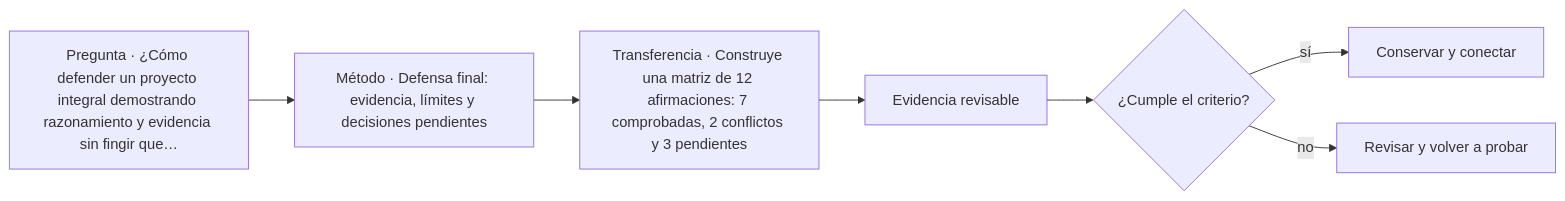
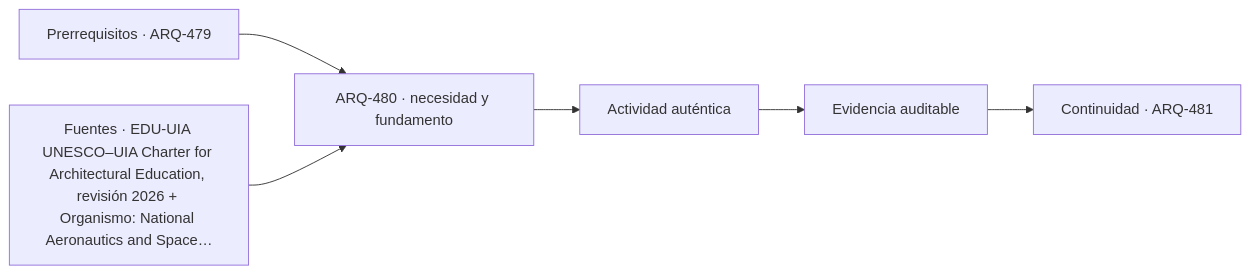
Before and after one commit to vladimiracunadev-create/architecture-built-environment-learning-program: the diagram in classes/parte-48/ARQ-480.md, drawn with Mermaid. The commit also changed other lines of this file and 761 other files, not shown here.

````diff
--- a/classes/parte-48/ARQ-480.md
+++ b/classes/parte-48/ARQ-480.md
@@ -75,9 +87,8 @@
 ```mermaid
 flowchart LR
-    Q["Pregunta · ¿Cómo defender un proyecto integral demostrando razonamiento y evidencia sin fingir que…"] --> M["Método · Defensa final: evidencia, límites y decisiones pendientes"]
-    M --> P["Transferencia · Construye una matriz de 12 afirmaciones: 7 comprobadas, 2 conflictos y 3 pendientes"]
-    P --> E["Evidencia revisable"]
-    E --> C{"¿Cumple el criterio?"}
-    C -->|sí| T["Conservar y conectar"]
-    C -->|no| R["Revisar y volver a probar"]
+    A["Prerrequisitos · ARQ-479"] --> B["ARQ-480 · necesidad y fundamento"]
+    S["Fuentes · EDU-UIA UNESCO–UIA Charter for Architectural Education, revisión 2026 + Organismo: National Aeronautics and Space…"] --> B
+    B --> C["Actividad auténtica"]
+    C --> D["Evidencia auditable"]
+    D --> E["Continuidad · ARQ-481"]
 ```
````
